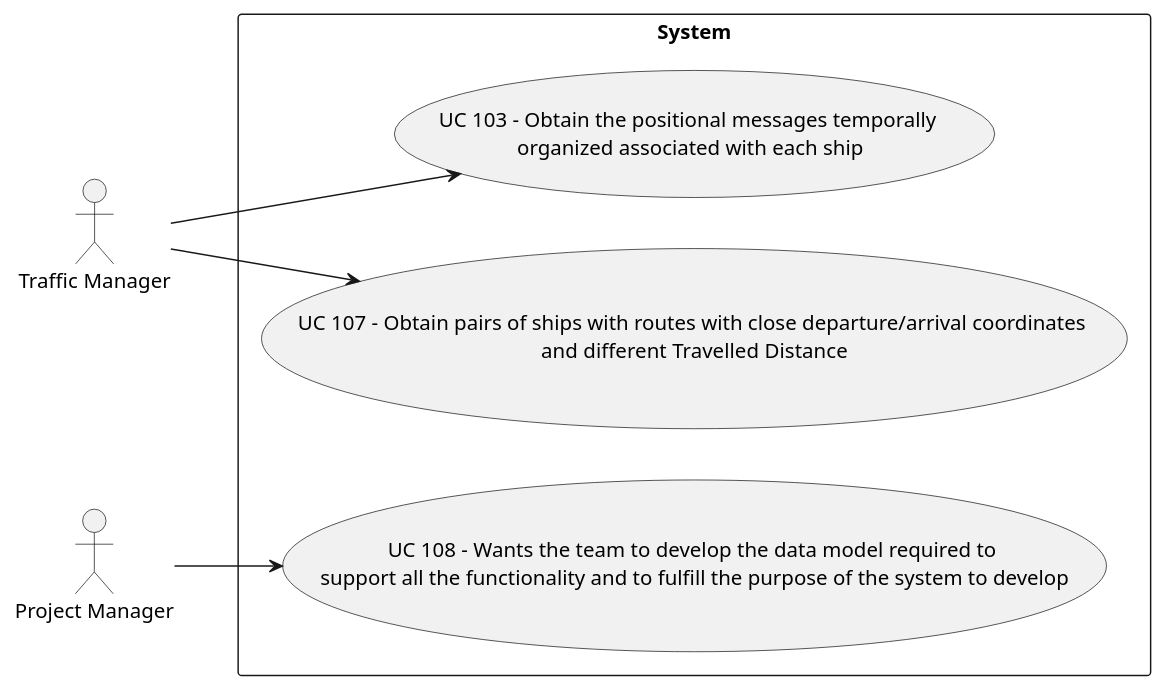
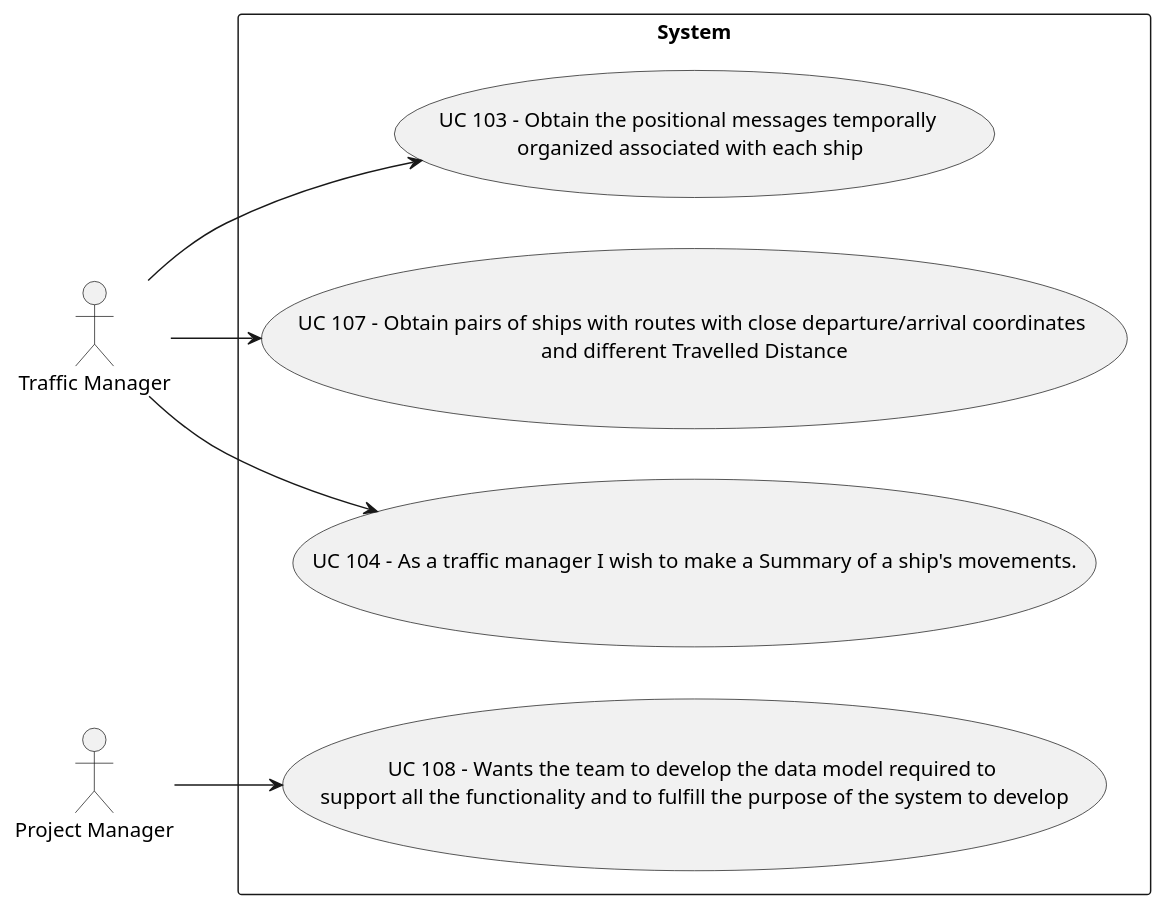
Before and after one commit to ana-albergaria/LAPR3-ISEP: the diagram in docs/Use Case Diagram.puml, drawn with PlantUML. The commit also changed 4 other files, not shown here.

```diff
--- a/docs/Use Case Diagram.puml
+++ b/docs/Use Case Diagram.puml
@@ -1,15 +1,16 @@
 @startuml
 
 left to right direction
 skinparam packageStyle rectangle
 actor "Traffic Manager" as TM
 actor "Project Manager" as PM
 
 
 rectangle System {
 TM --> (UC 103 - Obtain the positional messages temporally \norganized associated with each ship)
 TM --> (UC 107 - Obtain pairs of ships with routes with close departure/arrival coordinates \nand different Travelled Distance)
+TM --> (UC 104 - As a traffic manager I wish to make a Summary of a ship's movements.)
 PM --> (UC 108 - Wants the team to develop the data model required to \nsupport all the functionality and to fulfill the purpose of the system to develop)
 }
 
 @enduml
```
